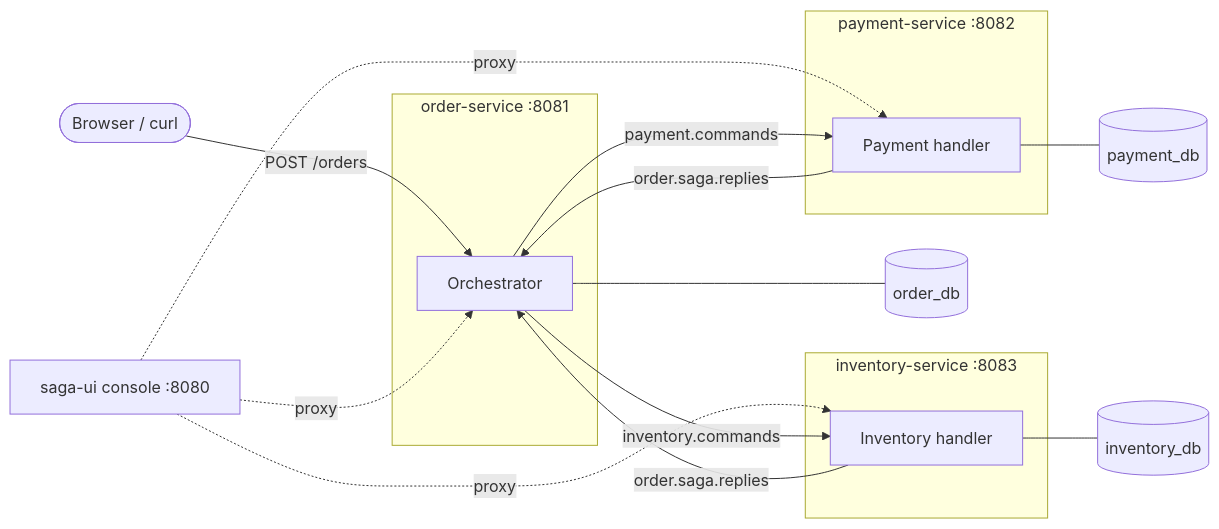
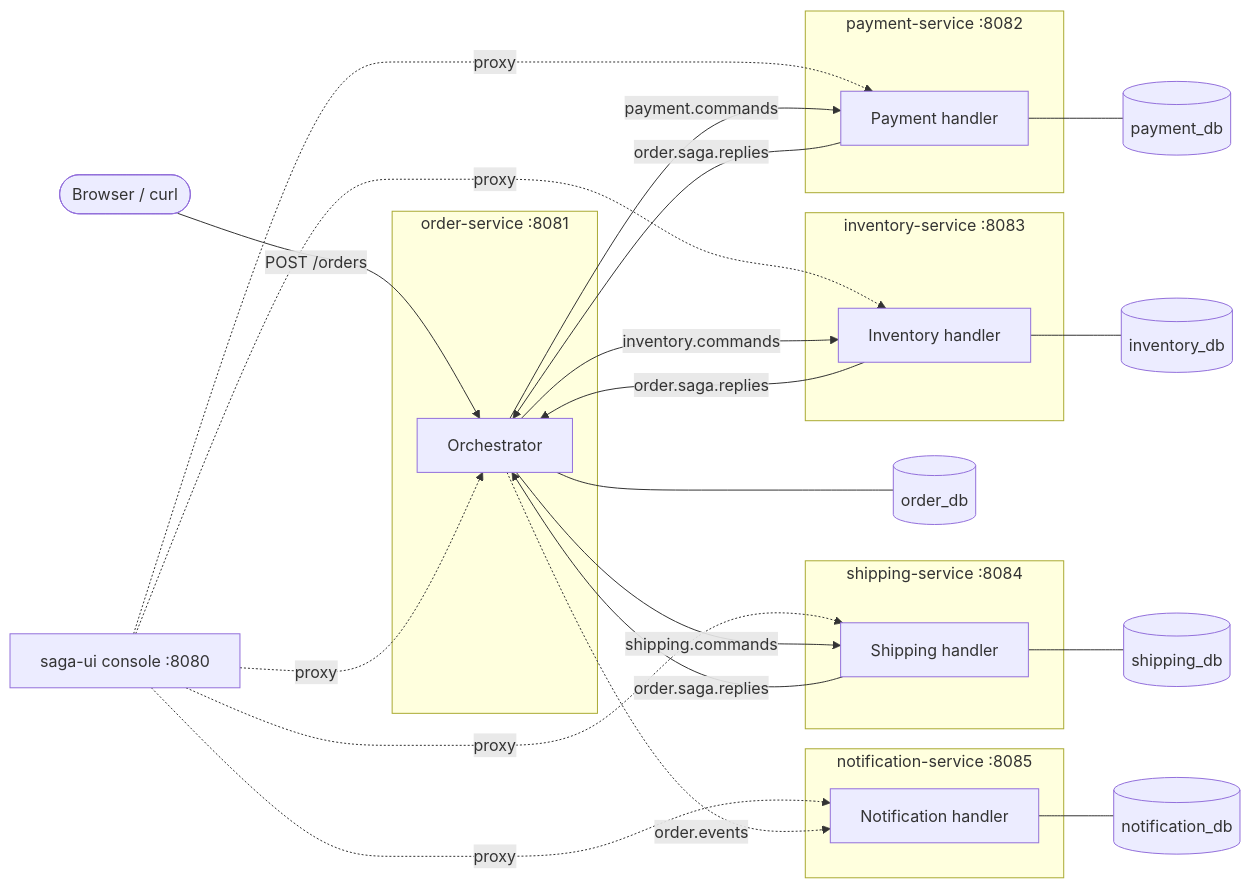
One commit to srikanthkaushik/saga changed the diagram in README.md. Above: the diagram before and after it, drawn with Mermaid. The commit also changed other lines of this file and 8 other files, not shown here.

First line of the commit message:
Docs: shipping and notification services, pivot and reverse-order compensation, choreography

````diff
--- a/README.md
+++ b/README.md
@@ -20,21 +22,32 @@
 ```mermaid
 flowchart LR
     client([Browser / curl]) -->|POST /orders| order
-    console["saga-ui console :8080"] -.->|proxy| order & payment & inventory
+    console["saga-ui console :8080"] -.->|proxy| order & payment & inventory & shipping & notification
     subgraph os["order-service :8081"]
         order[Orchestrator]
     end
     subgraph ps["payment-service :8082"]
         payment[Payment handler]
     end
     subgraph is["inventory-service :8083"]
         inventory[Inventory handler]
     end
+    subgraph ss["shipping-service :8084"]
+        shipping[Shipping handler]
+    end
+    subgraph ns["notification-service :8085"]
+        notification[Notification handler]
+    end
     order -->|payment.commands| payment
     order -->|inventory.commands| inventory
+    order -->|shipping.commands| shipping
     payment -->|order.saga.replies| order
     inventory -->|order.saga.replies| order
+    shipping -->|order.saga.replies| order
+    order -.->|order.events| notification
     order --- odb[(order_db)]
     payment --- pdb[(payment_db)]
     inventory --- idb[(inventory_db)]
+    shipping --- sdb[(shipping_db)]
+    notification --- ndb[(notification_db)]
 ```
````
